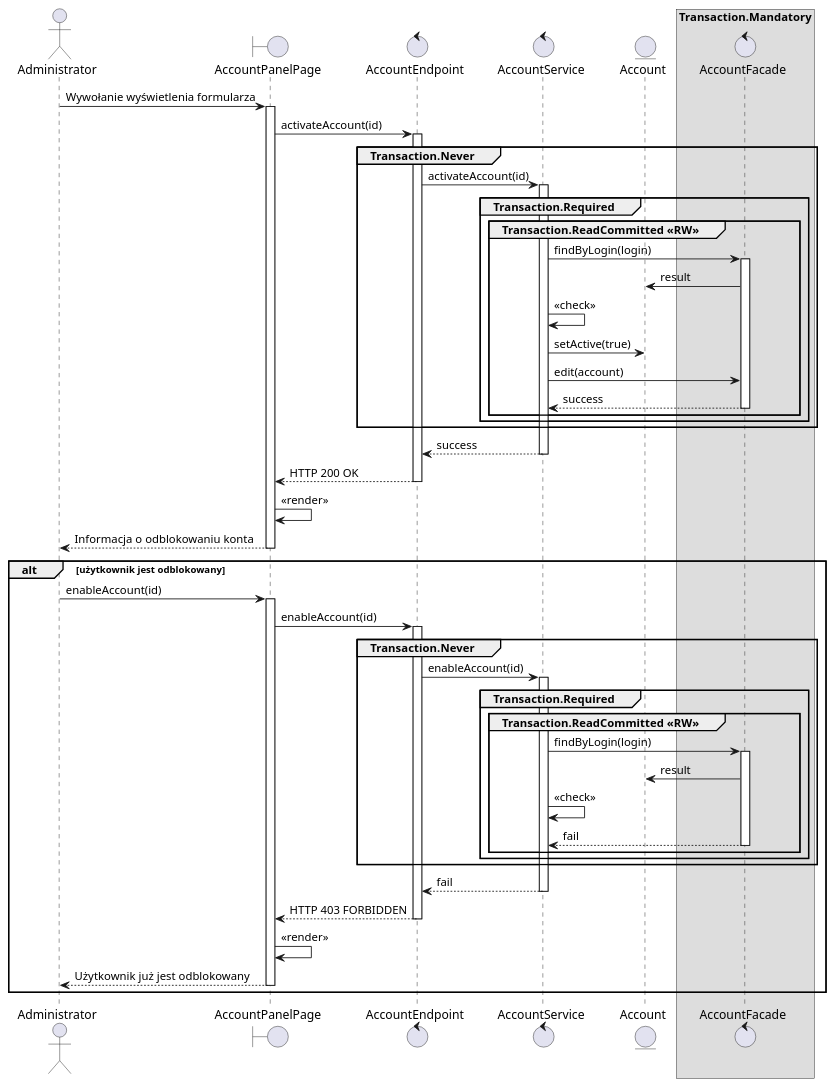
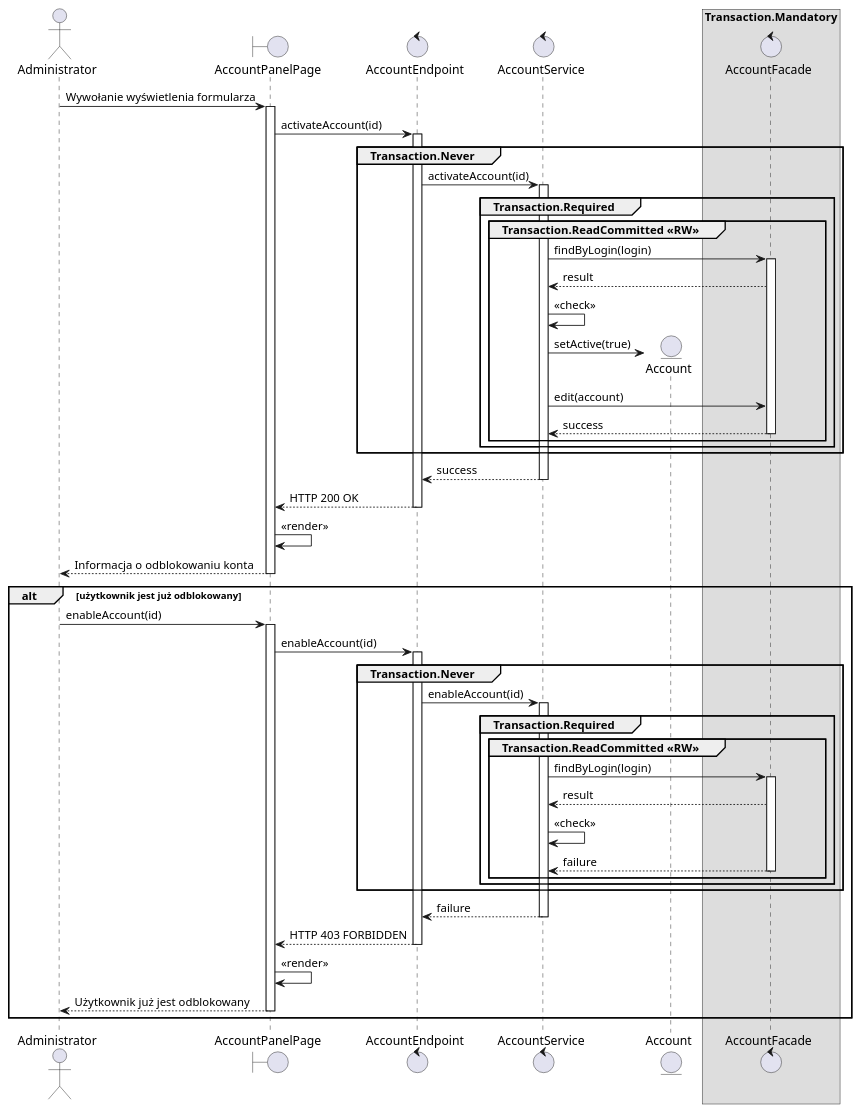
Before and after one commit to TheVivent-Politechnika-Lodzka/ssbd03_kic_uml: the diagram in src/rozdział 11/mok4.puml, drawn with PlantUML. The commit also changed 6 other files, not shown here.

```diff
--- a/src/rozdział 11/mok4.puml
+++ b/src/rozdział 11/mok4.puml
@@ -1,58 +1,58 @@
 @startuml MOK.4 - Odblokuj konto
 
 actor Administrator as admin
 boundary AccountPanelPage as gui
 control AccountEndpoint as controller
 control AccountService as service
 entity Account as account
 control AccountFacade as facade
 
 skinparam backgroundcolor transparent
 box Transaction.Mandatory 
     participant facade
 end box
 
 admin -> gui ++ : Wywołanie wyświetlenia formularza
 gui -> controller ++ : activateAccount(id)
 group Transaction.Never
     controller -> service ++ : activateAccount(id) 
     group Transaction.Required
         group Transaction.ReadCommitted <<RW>>
             service -> facade ++ : findByLogin(login)
-            facade -> account : result
+            facade --> service : result
             service -> service : <<check>>
-            service -> account : setActive(true)
+            service -> account ** : setActive(true)
             service -> facade : edit(account)
             return success
         end
     end
 end
 
 return success
 return HTTP 200 OK
 gui -> gui : <<render>>
 return Informacja o odblokowaniu konta
 
-alt użytkownik jest odblokowany
+alt użytkownik jest już odblokowany
     admin -> gui ++ : enableAccount(id)
     gui -> controller ++ : enableAccount(id)
     group Transaction.Never
         controller -> service ++ : enableAccount(id)
         group Transaction.Required
             group Transaction.ReadCommitted <<RW>>
                 service -> facade ++: findByLogin(login)
-                facade -> account  : result
+                facade --> service  : result
                 service -> service : <<check>>
 
-                return fail
+                return failure
             end
         end
     end
-    return fail
+    return failure
 return HTTP 403 FORBIDDEN
 gui -> gui : <<render>>
 return Użytkownik już jest odblokowany
 end
 
 
 @enduml
```
